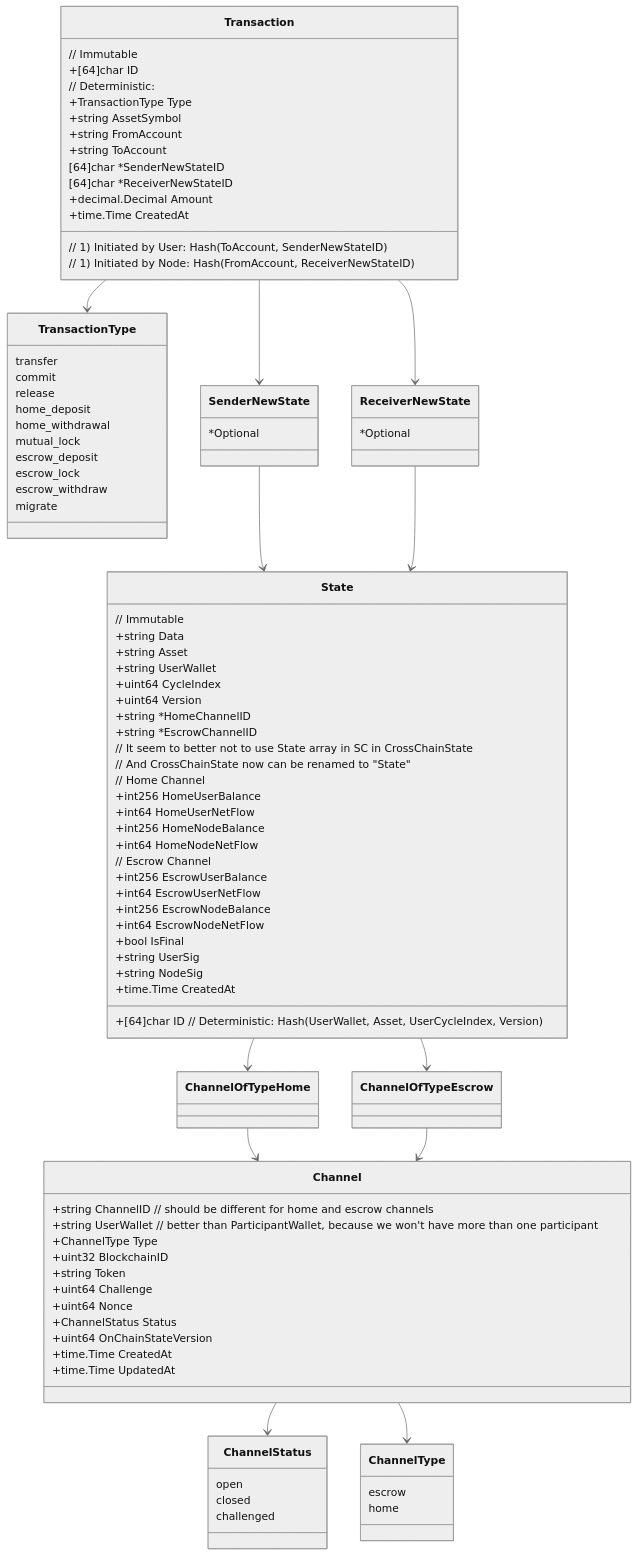
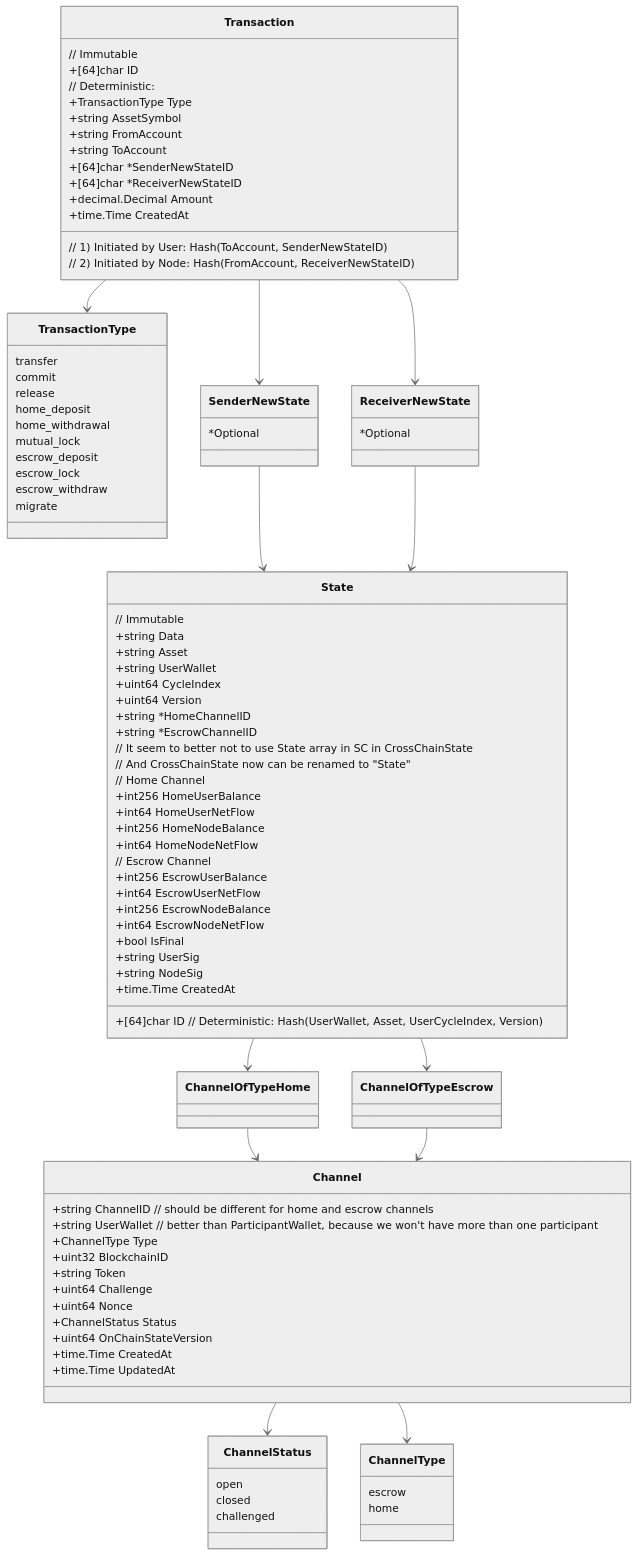
One commit to erc7824/nitrolite changed the diagram in docs/v1/data_models.mmd. Above: the diagram before and after it, drawn with Mermaid (neutral theme). The commit also changed 10 other files, not shown here.

```diff
--- a/docs/v1/data_models.mmd
+++ b/docs/v1/data_models.mmd
@@ -1,150 +1,151 @@
 classDiagram
     class ChannelStatus {
         open
         closed
         challenged
     }
 
     class ChannelType {
         escrow
         home
     }
 
     class Channel {
         +string ChannelID // should be different for home and escrow channels
         +string UserWallet // better than ParticipantWallet, because we won't have more than one participant
         +ChannelType Type
         +uint32 BlockchainID
         +string Token
         +uint64 Challenge
         +uint64 Nonce
         +ChannelStatus Status
         +uint64 OnChainStateVersion
 
         +time.Time CreatedAt
         +time.Time UpdatedAt
     }
 
     class State { // Immutable
         +[64]char ID // Deterministic: Hash(UserWallet, Asset, UserCycleIndex, Version)
 
         +string Data
         +string Asset
         +string UserWallet
         +uint64 CycleIndex
 
         +uint64 Version
 
         +string *HomeChannelID
         +string *EscrowChannelID
 
         // It seem to better not to use State array in SC in CrossChainState
         // And CrossChainState now can be renamed to "State"
 
         // Home Channel
         +int256 HomeUserBalance
         +int64 HomeUserNetFlow
         +int256 HomeNodeBalance
         +int64 HomeNodeNetFlow
 
         // Escrow Channel
         +int256 EscrowUserBalance
         +int64 EscrowUserNetFlow
         +int256 EscrowNodeBalance
         +int64 EscrowNodeNetFlow
 
         +bool IsFinal
+        %% TODO: Remove in the future if redundant 
 
         +string UserSig
         +string NodeSig
 
         +time.Time CreatedAt
     }
 
     class ChannelOfTypeHome {
     }
 
     class ChannelOfTypeEscrow {
     }
 
     %% Relationships
     Channel --> ChannelStatus
     State --> ChannelOfTypeHome
     State --> ChannelOfTypeEscrow
     ChannelOfTypeHome --> Channel
     ChannelOfTypeEscrow --> Channel
     Channel --> ChannelType
     Transaction --> TransactionType
     Transaction --> SenderNewState
     Transaction --> ReceiverNewState
     SenderNewState --> State
     ReceiverNewState --> State
 
     class SenderNewState {
         *Optional
     }
 
     class ReceiverNewState {
         *Optional
     }
 
 
     class Transaction { // Immutable
         +[64]char ID
         // Deterministic:
         // 1) Initiated by User: Hash(ToAccount, SenderNewStateID)
-        // 1) Initiated by Node: Hash(FromAccount, ReceiverNewStateID)
+        // 2) Initiated by Node: Hash(FromAccount, ReceiverNewStateID)
 
         +TransactionType Type
         +string AssetSymbol
 
         +string FromAccount
         +string ToAccount
 
-        [64]char *SenderNewStateID
-        [64]char *ReceiverNewStateID
+        +[64]char *SenderNewStateID
+        +[64]char *ReceiverNewStateID
 
         +decimal.Decimal Amount
         +time.Time CreatedAt
     }
 
     class TransactionType {
         %% isWallet(ToAccount) && isWallet(FromAccount) -> transfer
         transfer
 
         %% ToAccount = AppSessionID -> commit
         %% FromAccount = UserWallet -> commit
         commit
 
         %% ToAccount = UserWallet -> release
         %% FromAccount = AppSessionID -> release
         release
 
         %% FromAccount = HomeChannelID -> home_deposit
         %% ToAccount = UserWallet -> home_deposit
         home_deposit
 
         %% FromAccount = UserWallet -> home_withdrawal
         %% ToAccount = HomeChannelID -> home_withdrawal
         home_withdrawal
 
         %% ToAccount = EscrowChannelID -> mutual_lock
         %% FromAccount = HomeChannelID -> mutual_lock
         mutual_lock
 
         %% FromAccount = EscrowChannelID -> escrow_deposit
         %% ToAccount = HomeChannelID -> escrow_deposit
         escrow_deposit
         
         %% ToAccount = HomeChannelID -> escrow_lock
         %% FromAccount = EscrowChannelID -> escrow_lock
         escrow_lock
 
         %% FromAccount = HomeChannelID -> escrow_withdraw
         %% ToAccount = EscrowChannelID -> escrow_withdraw
         escrow_withdraw
 
         %% FromAccount = HomeChannelID -> migrate
         %% ToAccount = EscrowChannelID -> migrate
         migrate
     }
```
